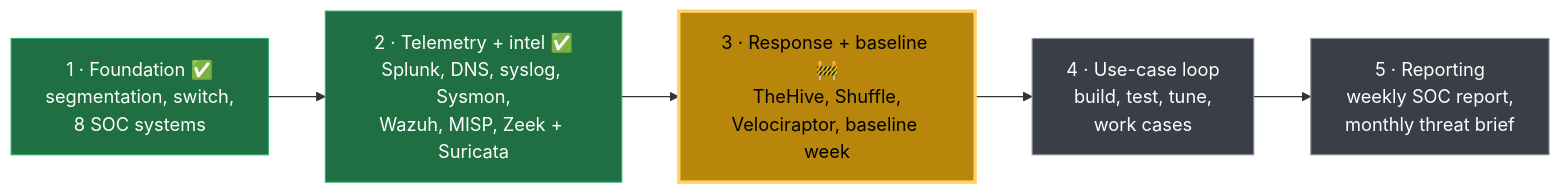
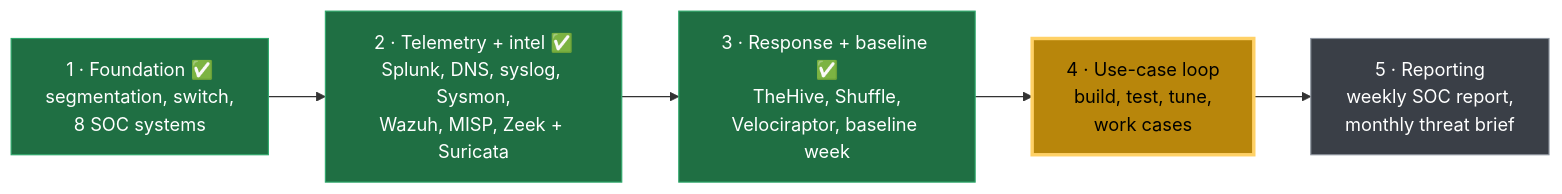
The first of 3 diagrams in 00-START-HERE-Build-Log/ROADMAP.md (caleb57912/SOC-Homelab), drawn with Mermaid before and after one commit. The commit also changed other lines of this file and 15 other files, not shown here.

Commit message:
3.4 Baseline week: 11-day findings, silence alert retuned from recorded gaps, Phase 3 complete

````diff
--- a/00-START-HERE-Build-Log/ROADMAP.md
+++ b/00-START-HERE-Build-Log/ROADMAP.md
@@ -9,11 +9,11 @@
 ```mermaid
 flowchart LR
-    P1["1 · Foundation ✅<br/>segmentation, switch,<br/>8 SOC systems"] --> P2["2 · Telemetry + intel ✅<br/>Splunk, DNS, syslog, Sysmon,<br/>Wazuh, MISP, Zeek + Suricata"] --> P3["3 · Response + baseline 🚧<br/>TheHive, Shuffle,<br/>Velociraptor, baseline week"] --> P4["4 · Use-case loop<br/>build, test, tune,<br/>work cases"] --> P5["5 · Reporting<br/>weekly SOC report,<br/>monthly threat brief"]
+    P1["1 · Foundation ✅<br/>segmentation, switch,<br/>8 SOC systems"] --> P2["2 · Telemetry + intel ✅<br/>Splunk, DNS, syslog, Sysmon,<br/>Wazuh, MISP, Zeek + Suricata"] --> P3["3 · Response + baseline ✅<br/>TheHive, Shuffle,<br/>Velociraptor, baseline week"] --> P4["4 · Use-case loop<br/>build, test, tune,<br/>work cases"] --> P5["5 · Reporting<br/>weekly SOC report,<br/>monthly threat brief"]
 
     classDef done fill:#1f6f43,stroke:#2ea86b,color:#ffffff
     classDef now fill:#b8860b,stroke:#ffd166,color:#000000,stroke-width:3px
     classDef todo fill:#3a3f47,stroke:#8a929c,color:#ffffff
-    class P1,P2 done
-    class P3 now
-    class P4,P5 todo
+    class P1,P2,P3 done
+    class P4 now
+    class P5 todo
 ```
````
